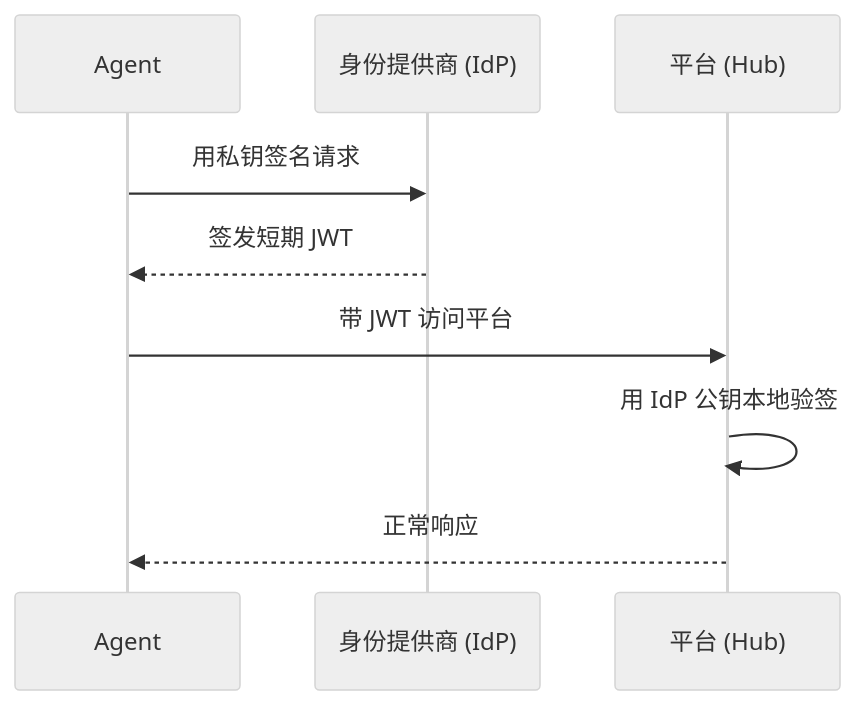
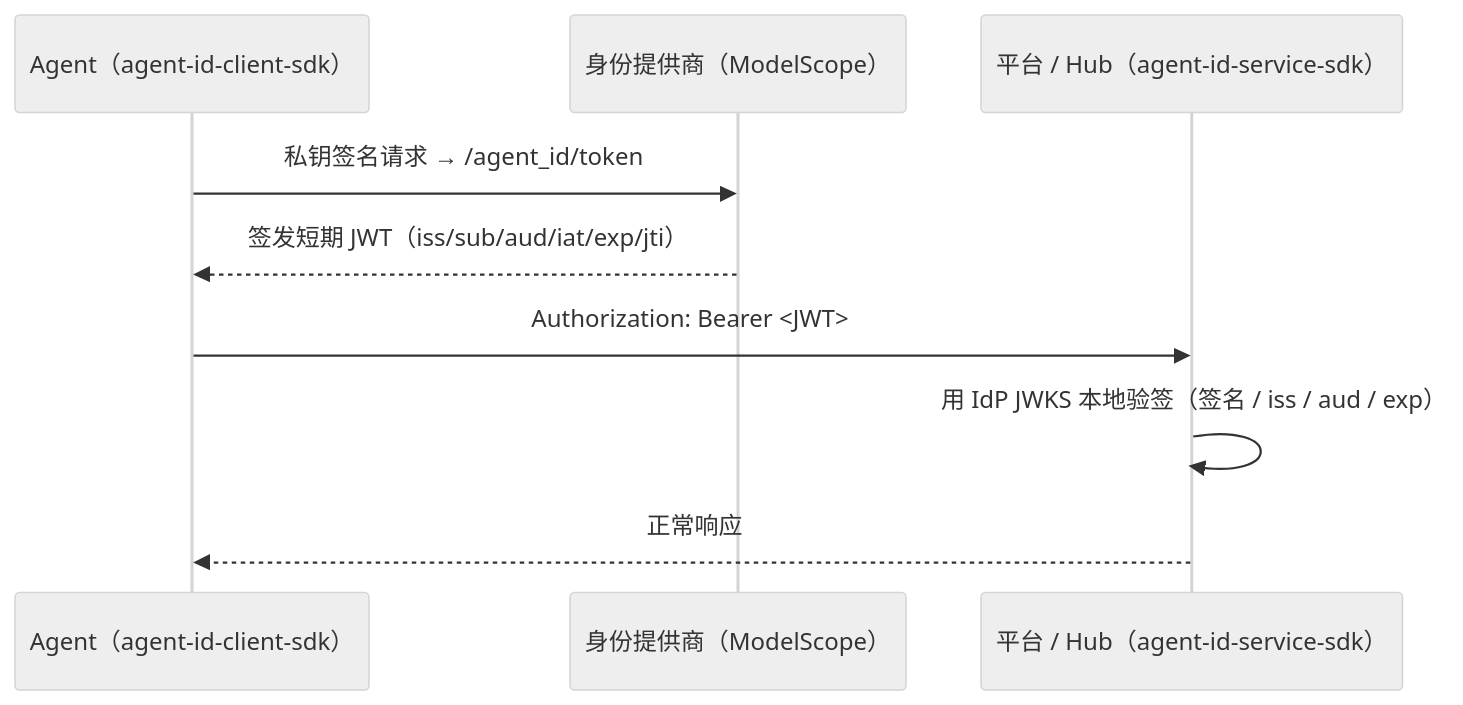
One commit to agentscope-ai/agent-identity changed the second of 2 diagrams in README.md. Above: the diagram before and after it, drawn with Mermaid (neutral theme). The commit also changed other lines of this file, not shown here.

First line of the commit message:
docs: ModelScope-first README — fix stale names/flow, reposition

````diff
--- a/README.md
+++ b/README.md
@@ -55,12 +37,11 @@
 ```mermaid
 sequenceDiagram
-    participant Agent
-    participant IdP as 身份提供商 (IdP)
-    participant Hub as 平台 (Hub)
-
-    Agent->>IdP: 用私钥签名请求
-    IdP-->>Agent: 签发短期 JWT
-    Agent->>Hub: 带 JWT 访问平台
-    Hub->>Hub: 用 IdP 公钥本地验签
+    participant Agent as Agent（agent-id-client-sdk）
+    participant IdP as 身份提供商（ModelScope）
+    participant Hub as 平台 / Hub（agent-id-service-sdk）
+    Agent->>IdP: 私钥签名请求 → /agent_id/token
+    IdP-->>Agent: 签发短期 JWT（iss/sub/aud/iat/exp/jti）
+    Agent->>Hub: Authorization: Bearer <JWT>
+    Hub->>Hub: 用 IdP JWKS 本地验签（签名 / iss / aud / exp）
     Hub-->>Agent: 正常响应
 ```
````
